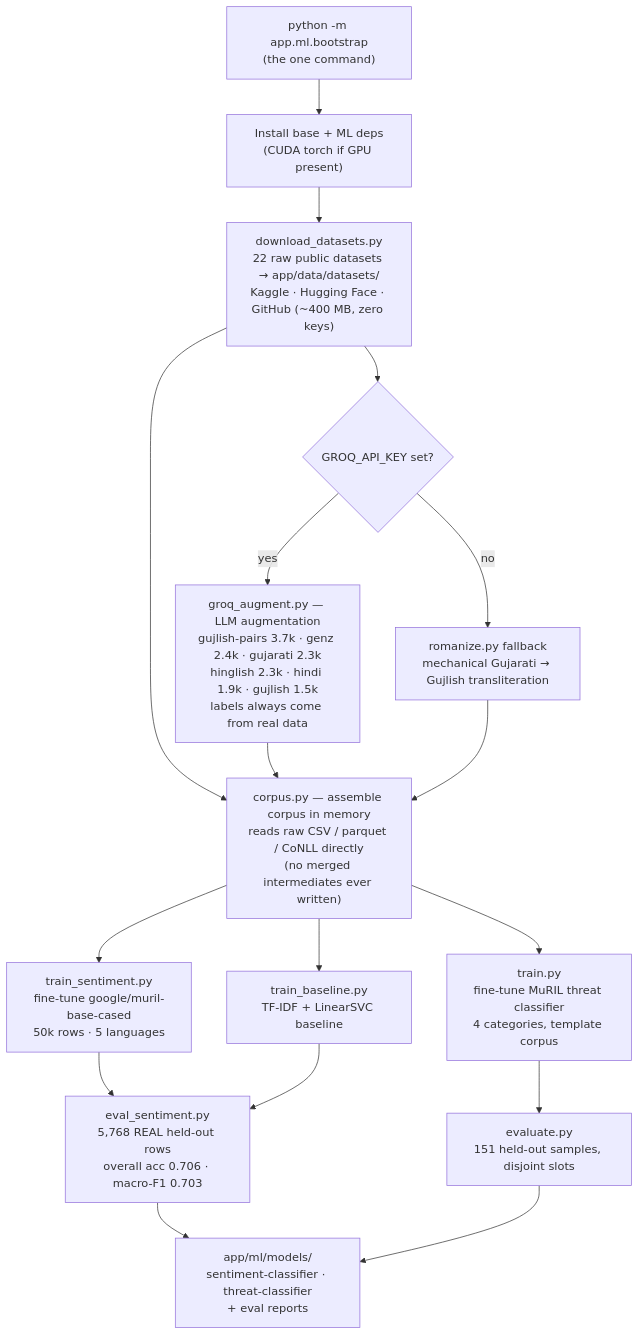
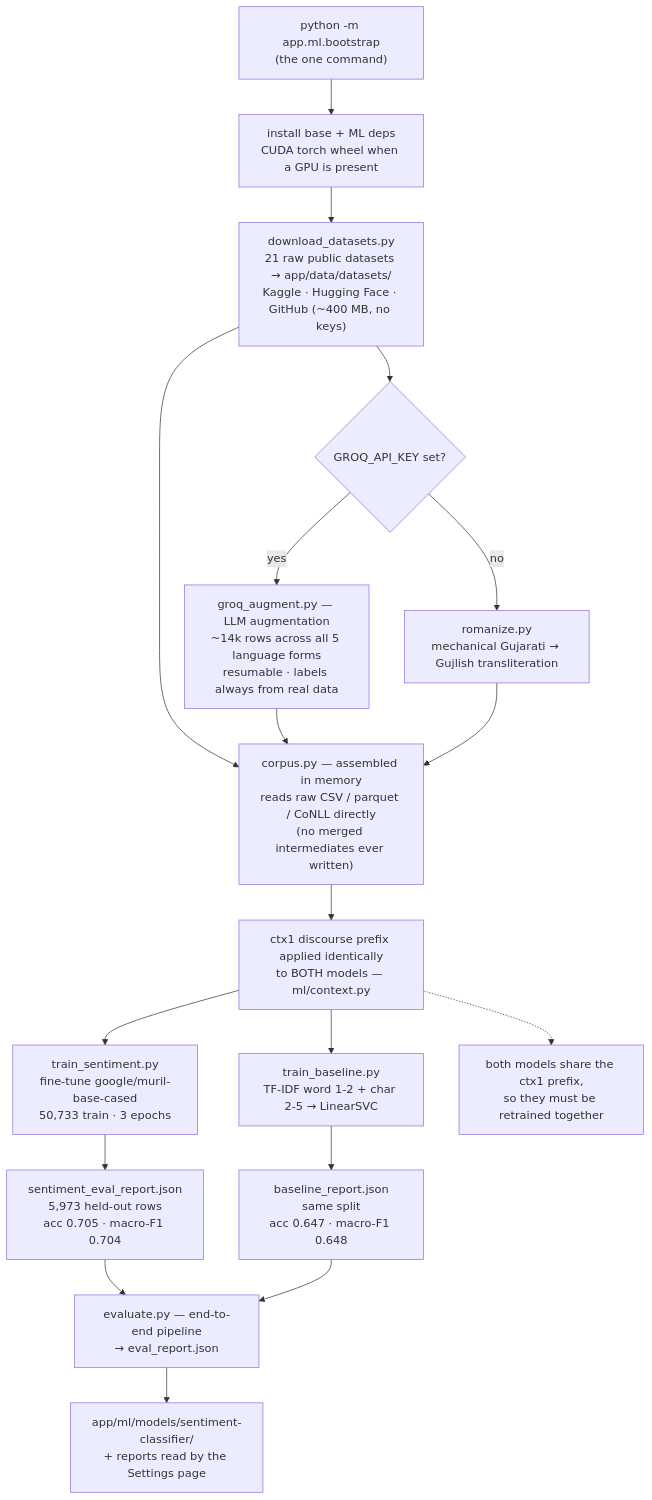
Before and after one commit to thanay2007/E-Rakshak-Sentiment-Analysis: the diagram in docs/diagrams/ml-training-pipeline.mmd, drawn with Mermaid. The commit also changed 91 other files, not shown here.

```diff
--- a/docs/diagrams/ml-training-pipeline.mmd
+++ b/docs/diagrams/ml-training-pipeline.mmd
@@ -1,24 +1,28 @@
 flowchart TD
-    BOOT["python -m app.ml.bootstrap\n(the one command)"]
+    BOOT["python -m app.ml.bootstrap<br/>(the one command)"]
 
-    BOOT --> DEPS["Install base + ML deps\n(CUDA torch if GPU present)"]
-    DEPS --> DL["download_datasets.py\n22 raw public datasets → app/data/datasets/\nKaggle · Hugging Face · GitHub (~400 MB, zero keys)"]
+    BOOT --> DEPS["install base + ML deps<br/>CUDA torch wheel when a GPU is present"]
+    DEPS --> DL["download_datasets.py<br/>21 raw public datasets → app/data/datasets/<br/>Kaggle · Hugging Face · GitHub (~400 MB, no keys)"]
 
-    DL --> CORPUS["corpus.py — assemble corpus in memory\nreads raw CSV / parquet / CoNLL directly\n(no merged intermediates ever written)"]
+    DL --> CORPUS["corpus.py — assembled in memory<br/>reads raw CSV / parquet / CoNLL directly<br/>(no merged intermediates ever written)"]
 
     DL --> AUG{"GROQ_API_KEY set?"}
-    AUG -- yes --> GROQAUG["groq_augment.py — LLM augmentation\ngujlish-pairs 3.7k · genz 2.4k · gujarati 2.3k\nhinglish 2.3k · hindi 1.9k · gujlish 1.5k\nlabels always come from real data"]
-    AUG -- no --> ROM["romanize.py fallback\nmechanical Gujarati → Gujlish transliteration"]
+    AUG -- yes --> GROQAUG["groq_augment.py — LLM augmentation<br/>~14k rows across all 5 language forms<br/>resumable · labels always from real data"]
+    AUG -- no --> ROM["romanize.py<br/>mechanical Gujarati → Gujlish transliteration"]
     GROQAUG --> CORPUS
     ROM --> CORPUS
 
-    CORPUS --> TSENT["train_sentiment.py\nfine-tune google/muril-base-cased\n50k rows · 5 languages"]
-    CORPUS --> TTHREAT["train.py\nfine-tune MuRIL threat classifier\n4 categories, template corpus"]
-    CORPUS --> TBASE["train_baseline.py\nTF-IDF + LinearSVC baseline"]
+    CORPUS --> CTX["ctx1 discourse prefix applied identically<br/>to BOTH models — ml/context.py"]
 
-    TSENT --> ESENT["eval_sentiment.py\n5,768 REAL held-out rows\noverall acc 0.706 · macro-F1 0.703"]
-    TTHREAT --> ETHREAT["evaluate.py\n151 held-out samples, disjoint slots"]
-    TBASE --> ESENT
+    CTX --> TSENT["train_sentiment.py<br/>fine-tune google/muril-base-cased<br/>50,733 train · 3 epochs"]
+    CTX --> TBASE["train_baseline.py<br/>TF-IDF word 1-2 + char 2-5 → LinearSVC"]
 
-    ESENT --> MODELS["app/ml/models/\nsentiment-classifier · threat-classifier\n+ eval reports"]
-    ETHREAT --> MODELS
+    TSENT --> ESENT["sentiment_eval_report.json<br/>5,973 held-out rows<br/>acc 0.705 · macro-F1 0.704"]
+    TBASE --> EBASE["baseline_report.json<br/>same split<br/>acc 0.647 · macro-F1 0.648"]
+
+    ESENT --> EV["evaluate.py — end-to-end pipeline<br/>→ eval_report.json"]
+    EBASE --> EV
+    EV --> MODELS["app/ml/models/sentiment-classifier/<br/>+ reports read by the Settings page"]
+
+    NOTE["both models share the ctx1 prefix,<br/>so they must be retrained together"]
+    CTX -.-> NOTE
```
